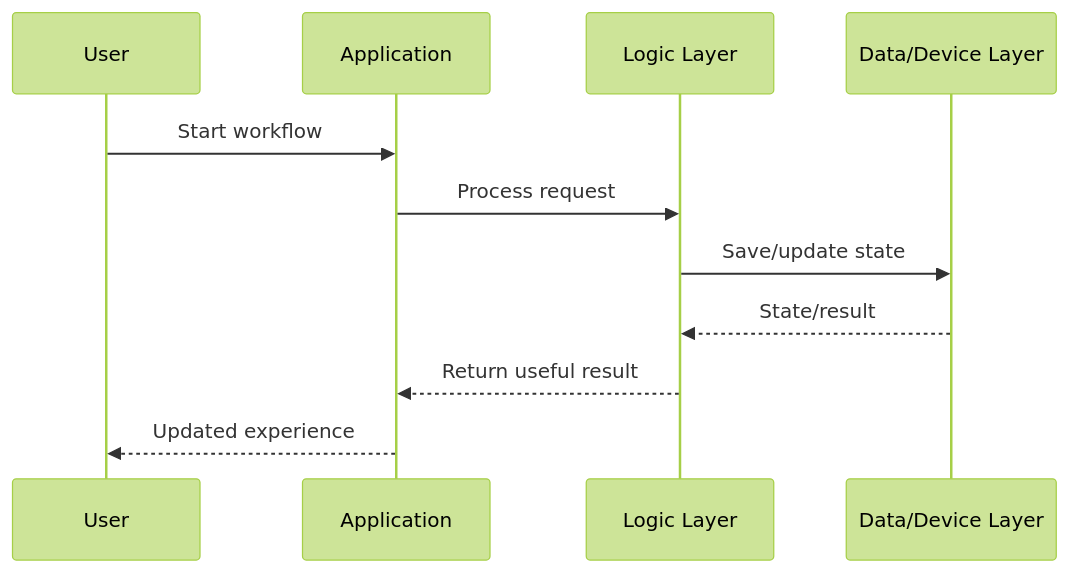
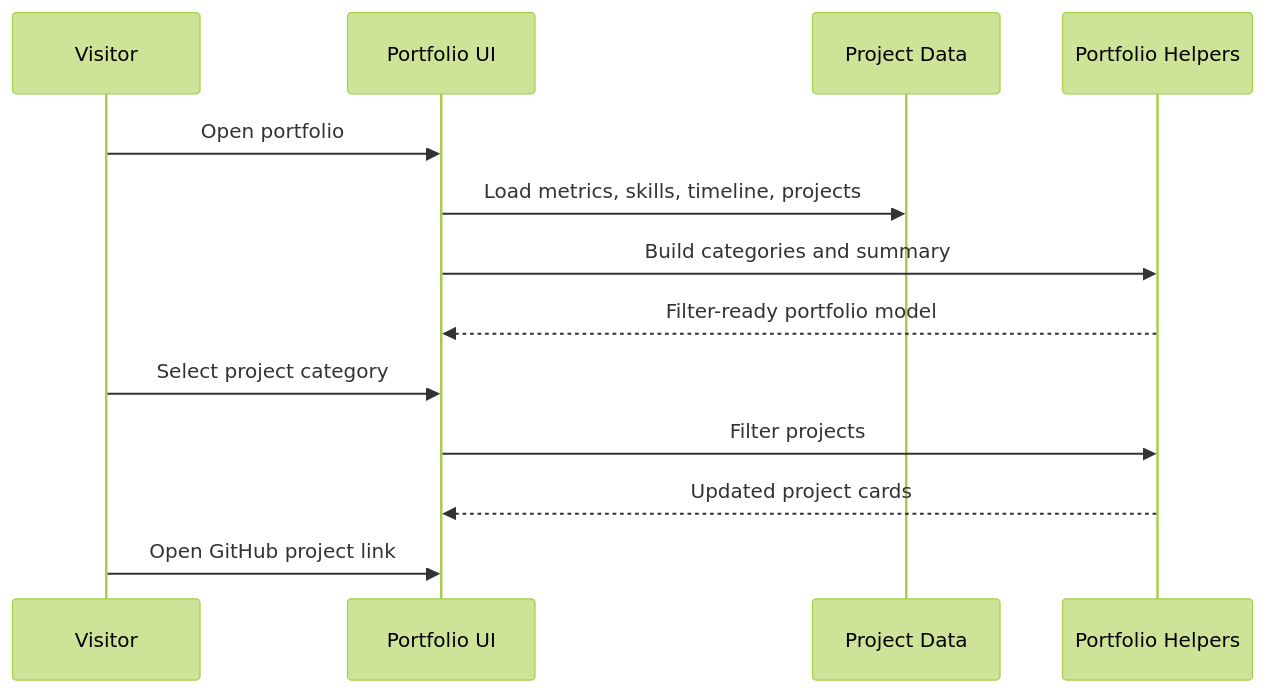
Before and after one commit to bhedanikhilkumar-code/Bheda-Nikhilkumar-portfolio: the third of 3 diagrams in README.md, drawn with Mermaid (forest theme). The commit also changed other lines of this file and 14 other files, not shown here.

````diff
--- a/README.md
+++ b/README.md
@@ -131,13 +140,15 @@
 ```mermaid
 sequenceDiagram
-    participant U as User
-    participant A as Application
-    participant L as Logic Layer
-    participant D as Data/Device Layer
-    U->>A: Start workflow
-    A->>L: Process request
-    L->>D: Save/update state
-    D-->>L: State/result
-    L-->>A: Return useful result
-    A-->>U: Updated experience
+    participant V as Visitor
+    participant UI as Portfolio UI
+    participant Data as Project Data
+    participant Helper as Portfolio Helpers
+    V->>UI: Open portfolio
+    UI->>Data: Load metrics, skills, timeline, projects
+    UI->>Helper: Build categories and summary
+    Helper-->>UI: Filter-ready portfolio model
+    V->>UI: Select project category
+    UI->>Helper: Filter projects
+    Helper-->>UI: Updated project cards
+    V->>UI: Open GitHub project link
 ```
````
